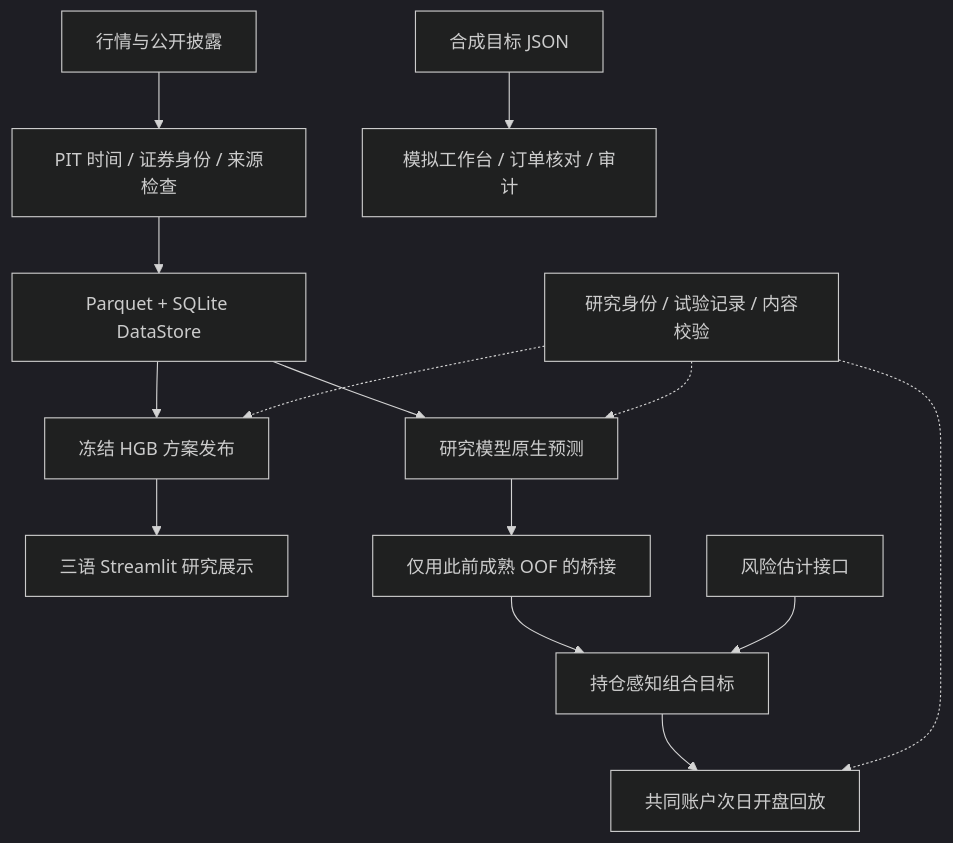
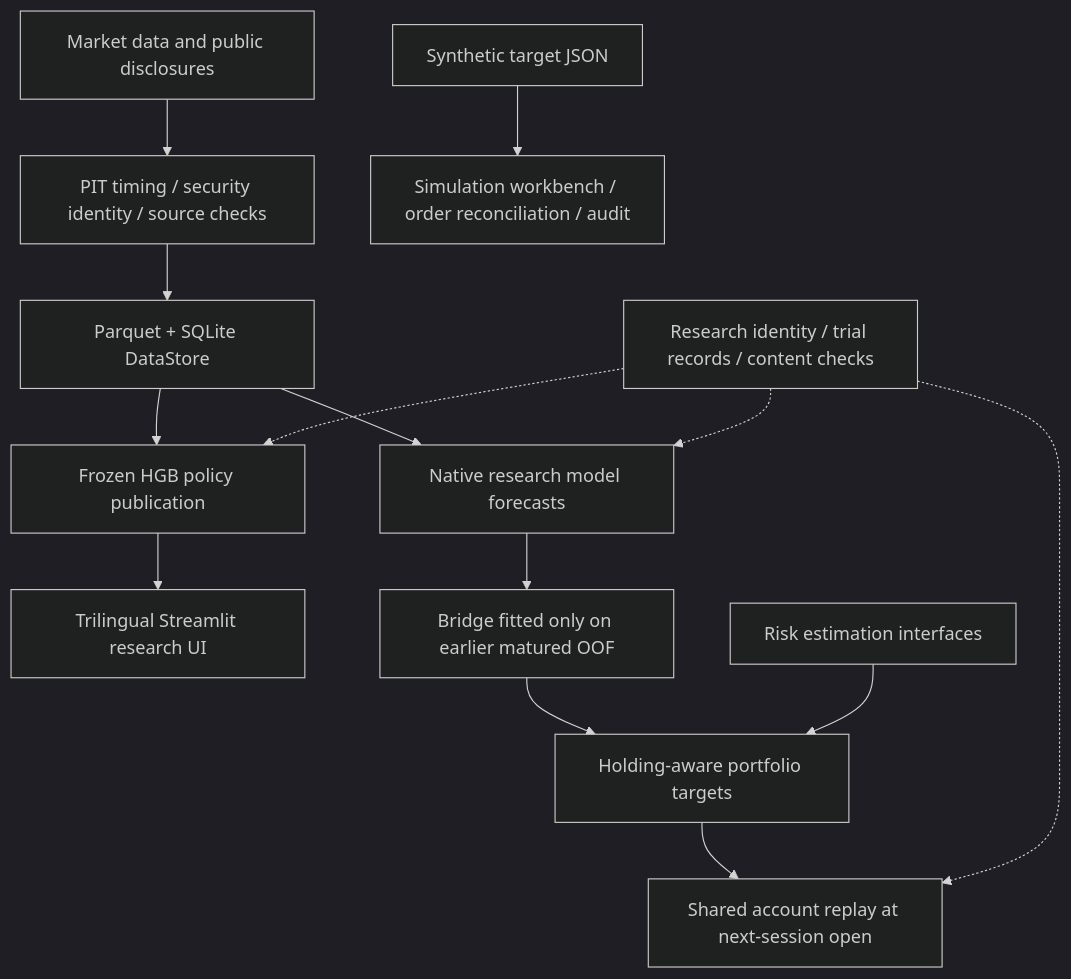
One commit to kinryukii/us-tech-quant-v21 changed the diagram in README.md. Above: the diagram before and after it, drawn with Mermaid (dark theme). The commit also changed other lines of this file and 3 other files, not shown here.

````diff
--- a/README.md
+++ b/README.md
@@ -32,16 +32,16 @@
 ```mermaid
 flowchart TB
-    Sources[行情与公开披露] --> PIT[PIT 时间 / 证券身份 / 来源检查]
+    Sources[Market data and public disclosures] --> PIT[PIT timing / security identity / source checks]
     PIT --> Store[Parquet + SQLite DataStore]
-    Store --> HGB[冻结 HGB 方案发布]
-    HGB --> Demo[三语 Streamlit 研究展示]
-    Store --> Forecast[研究模型原生预测]
-    Forecast --> Bridge[仅用此前成熟 OOF 的桥接]
-    Bridge --> Policy[持仓感知组合目标]
-    Risk[风险估计接口] --> Policy
-    Policy --> Replay[共同账户次日开盘回放]
-    Registry[研究身份 / 试验记录 / 内容校验] -.-> HGB
+    Store --> HGB[Frozen HGB policy publication]
+    HGB --> Demo[Trilingual Streamlit research UI]
+    Store --> Forecast[Native research model forecasts]
+    Forecast --> Bridge[Bridge fitted only on earlier matured OOF]
+    Bridge --> Policy[Holding-aware portfolio targets]
+    Risk[Risk estimation interfaces] --> Policy
+    Policy --> Replay[Shared account replay at next-session open]
+    Registry[Research identity / trial records / content checks] -.-> HGB
     Registry -.-> Forecast
     Registry -.-> Replay
-    JSON[合成目标 JSON] --> Paper[模拟工作台 / 订单核对 / 审计]
+    JSON[Synthetic target JSON] --> Paper[Simulation workbench / order reconciliation / audit]
 ```
````
